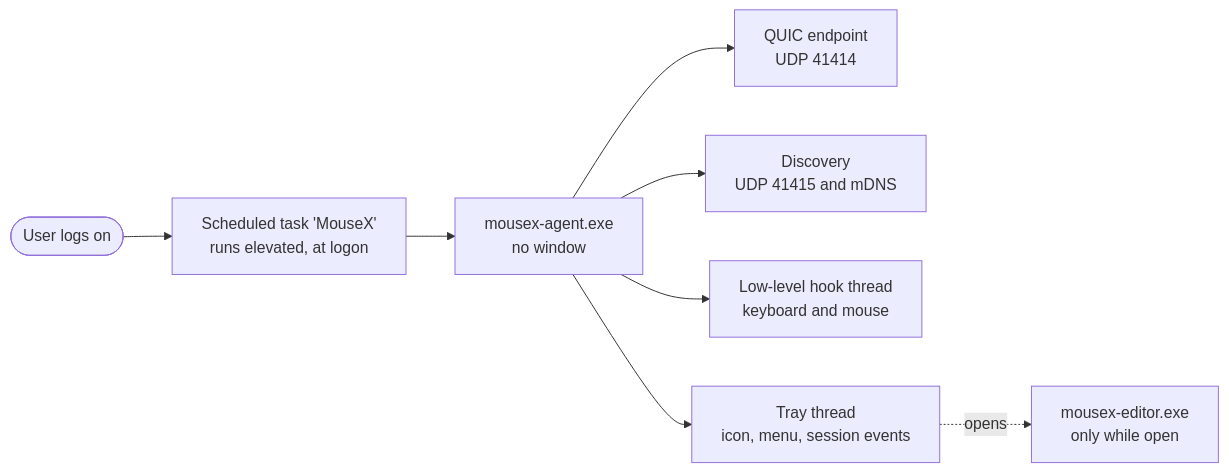
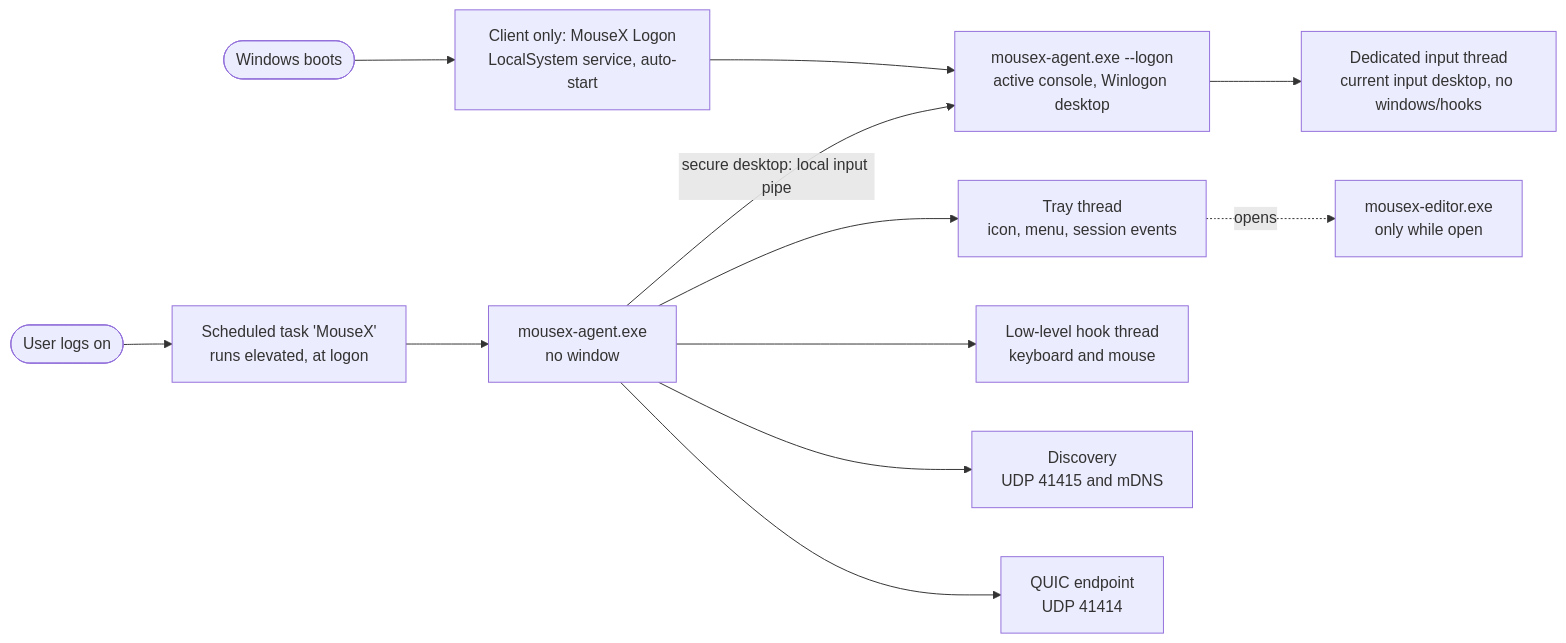
Before and after one commit to actus7/mousex: the second of 5 diagrams in docs/ARCHITECTURE.md, drawn with Mermaid. The commit also changed other lines of this file and 14 other files, not shown here.

Commit message:
feat(windows): add input-only login service

````diff
--- a/docs/ARCHITECTURE.md
+++ b/docs/ARCHITECTURE.md
@@ -40,10 +40,14 @@
 ```mermaid
 flowchart LR
+    boot(["Windows boots"]) --> service["Client only: MouseX Logon<br/>LocalSystem service, auto-start"]
+    service --> helper["mousex-agent.exe --logon<br/>active console, Winlogon desktop"]
+    helper --> input["Dedicated input thread<br/>current input desktop, no windows/hooks"]
     logon(["User logs on"]) --> task["Scheduled task 'MouseX'<br/>runs elevated, at logon"]
     task --> agent["mousex-agent.exe<br/>no window"]
     agent --> net["QUIC endpoint<br/>UDP 41414"]
     agent --> disc["Discovery<br/>UDP 41415 and mDNS"]
     agent --> hook["Low-level hook thread<br/>keyboard and mouse"]
     agent --> tray["Tray thread<br/>icon, menu, session events"]
+    agent -- "secure desktop: local input pipe" --> helper
     tray -. "opens" .-> editor["mousex-editor.exe<br/>only while open"]
 ```
````
